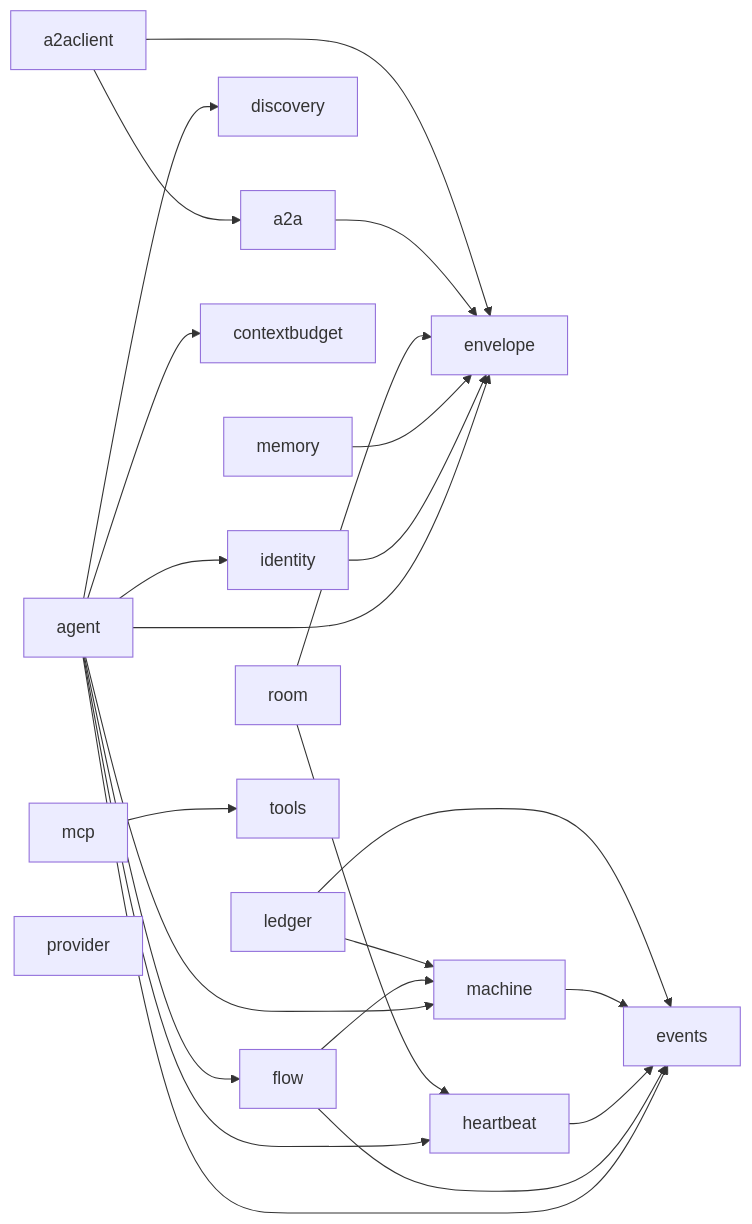
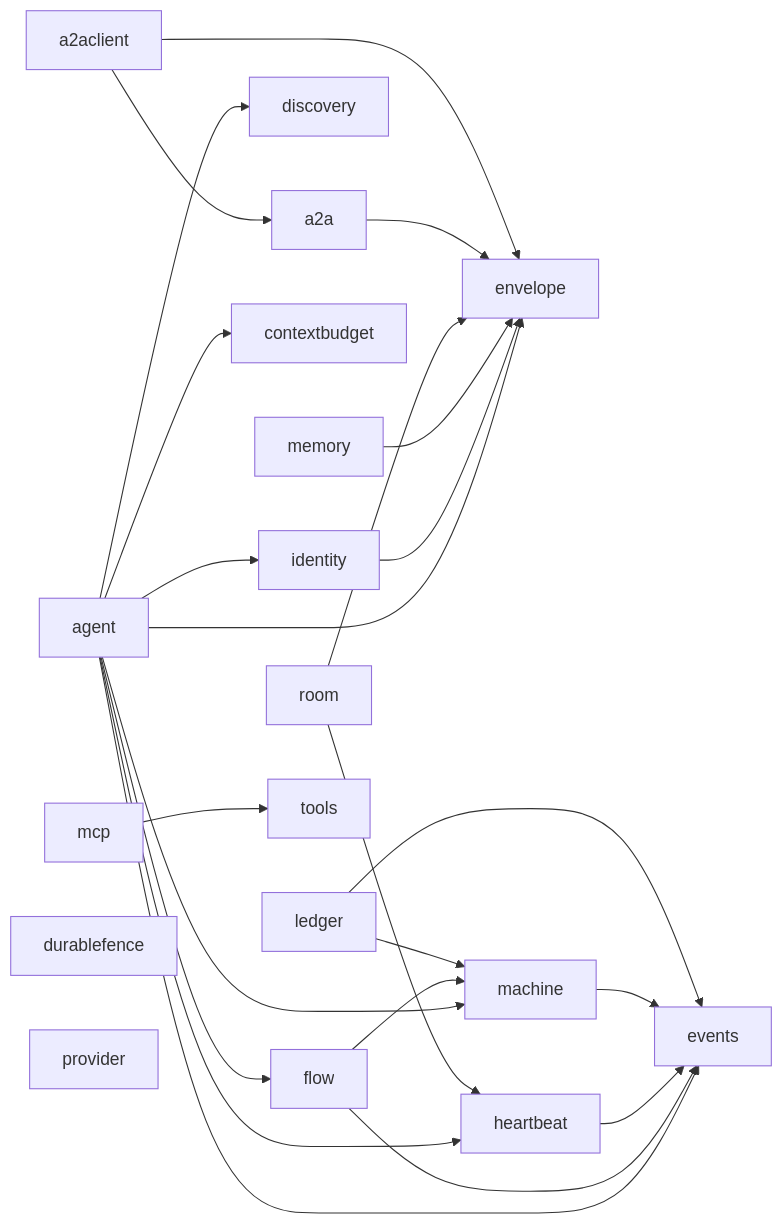
Before and after one commit to MiviaLabs/mivia-ai-sdk: the first of 2 diagrams in docs/architecture.md, drawn with Mermaid. The commit also changed other lines of this file and 17 other files, not shown here.

````diff
--- a/docs/architecture.md
+++ b/docs/architecture.md
@@ -26,31 +27,32 @@
 ```mermaid
 flowchart LR
     agent --> identity
     agent --> discovery
     agent --> flow
     agent --> envelope
     agent --> events
     agent --> machine
     agent --> heartbeat
     agent --> contextbudget
     flow --> events
     flow --> machine
     heartbeat --> events
     identity --> envelope
     machine --> events
     ledger --> machine
     ledger --> events
     memory --> envelope
     room --> envelope
     room --> heartbeat
     a2a --> envelope
     a2aclient --> a2a
     a2aclient --> envelope
     mcp --> tools
     contextbudget[contextbudget]
     discovery[discovery]
+    durablefence[durablefence]
     envelope[envelope]
     events[events]
     provider[provider]
     tools[tools]
 ```
````
